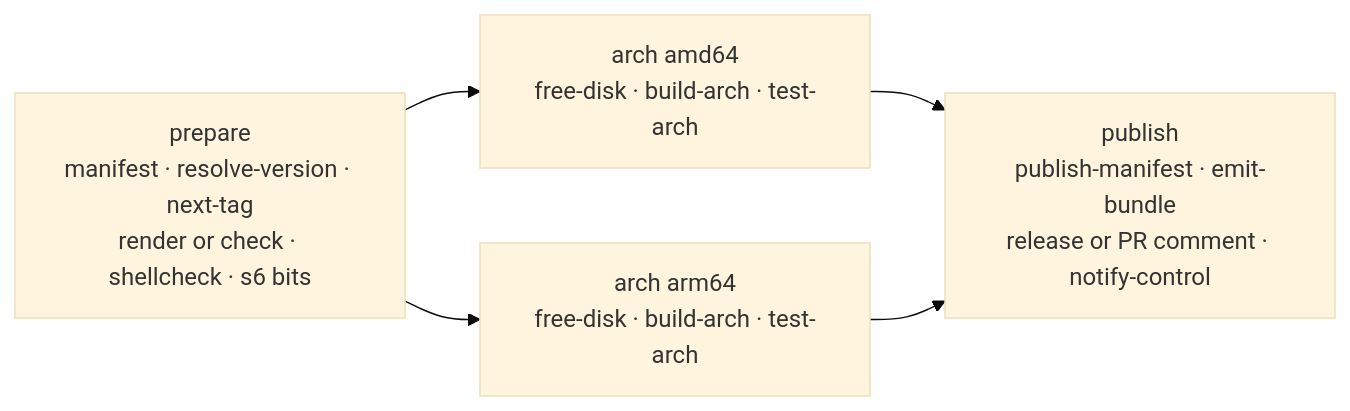
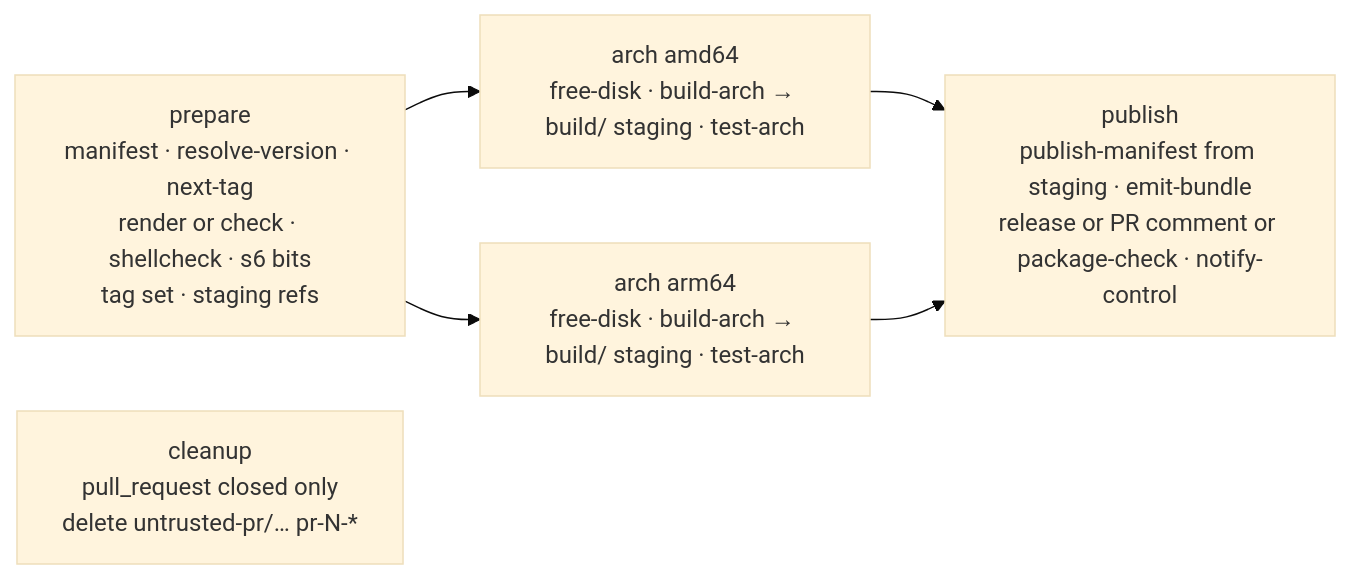
Before and after one commit to linuxserver-playground/workflows: the diagram in README.md, drawn with Mermaid (base theme). The commit also changed other lines of this file and 4 other files, not shown here.

Commit message:
Wire staging, package check and cleanup into the image build and document them

````diff
--- a/README.md
+++ b/README.md
@@ -30,7 +30,8 @@
 ```mermaid
 flowchart LR
-  P[prepare<br/>manifest · resolve-version · next-tag<br/>render or check · shellcheck · s6 bits] --> A1[arch amd64<br/>free-disk · build-arch · test-arch]
-  P --> A2[arch arm64<br/>free-disk · build-arch · test-arch]
-  A1 --> U[publish<br/>publish-manifest · emit-bundle<br/>release or PR comment · notify-control]
+  P[prepare<br/>manifest · resolve-version · next-tag<br/>render or check · shellcheck · s6 bits<br/>tag set · staging refs] --> A1[arch amd64<br/>free-disk · build-arch → build/ staging · test-arch]
+  P --> A2[arch arm64<br/>free-disk · build-arch → build/ staging · test-arch]
+  A1 --> U[publish<br/>publish-manifest from staging · emit-bundle<br/>release or PR comment or package-check · notify-control]
   A2 --> U
+  C[cleanup<br/>pull_request closed only<br/>delete untrusted-pr/… pr-N-*]
 ```
````
